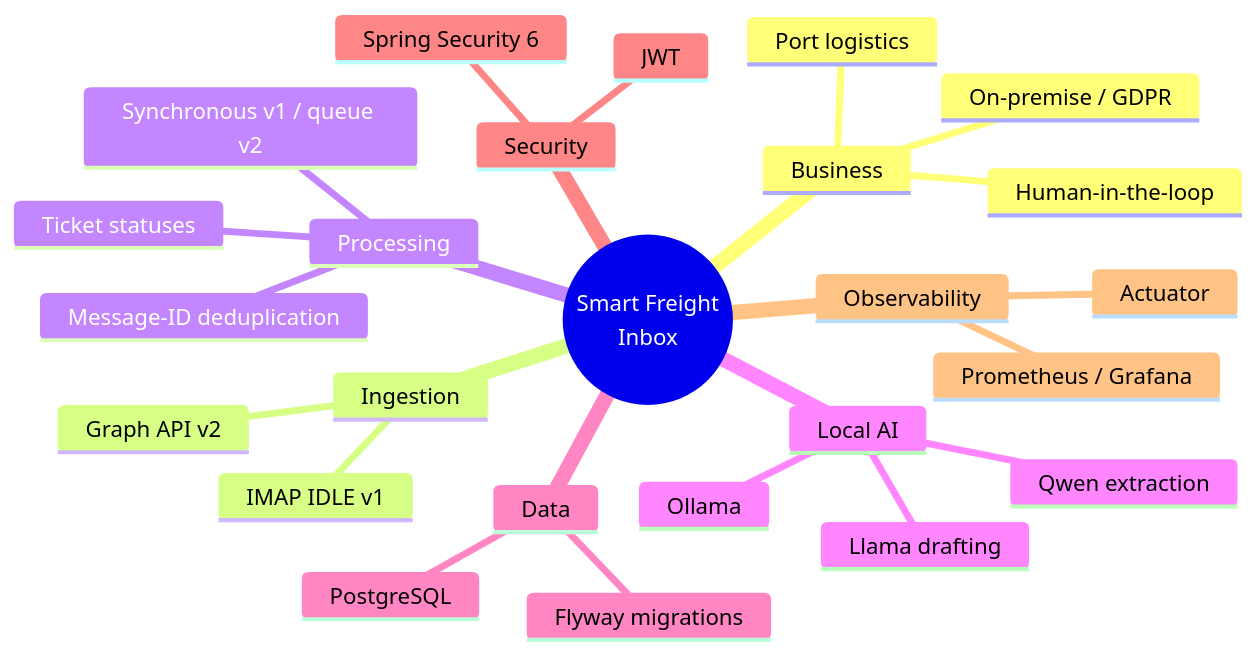
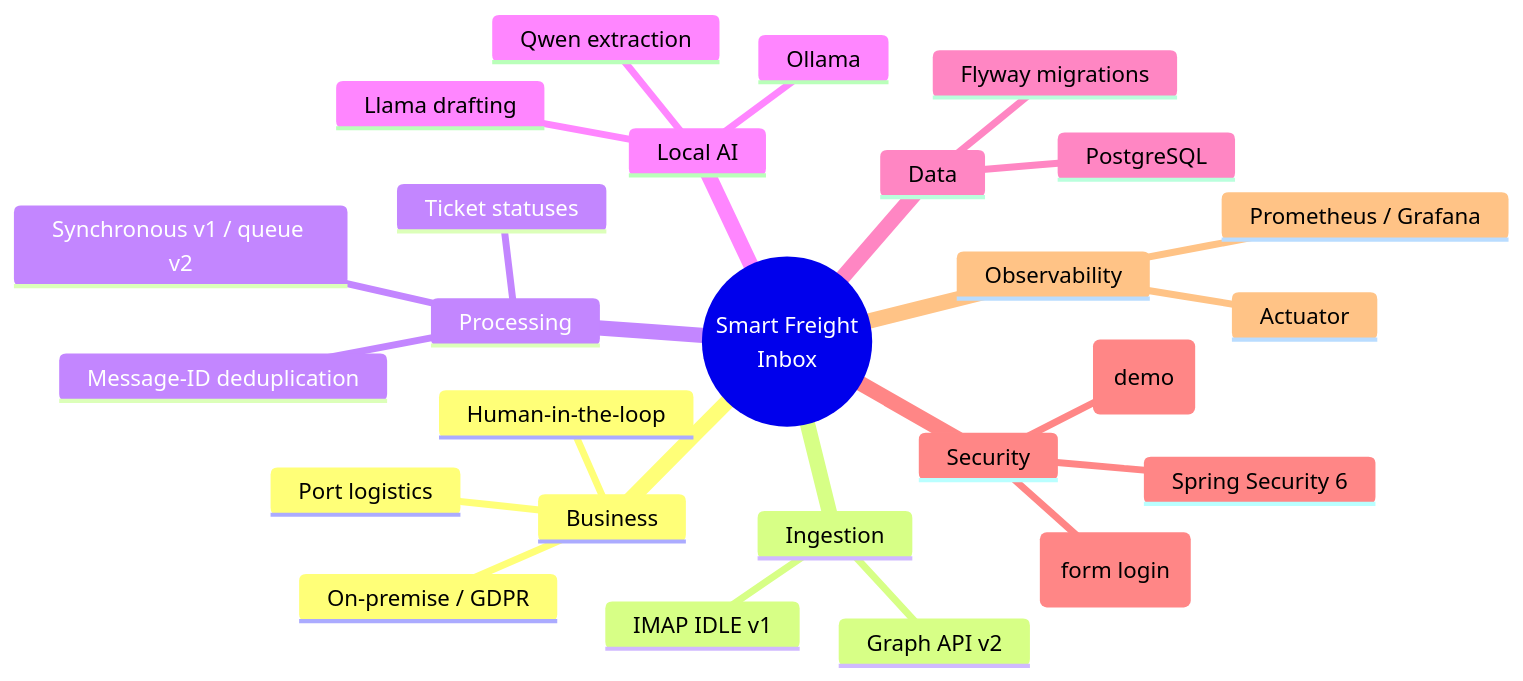
Before and after one commit to olegskel7-wq/smart-freight-inbox: the sixth of 10 diagrams in docs/PRESENTATION_TREE_MAP.md, drawn with Mermaid. The commit also changed other lines of this file, not shown here.

First line of the commit message:
docs: add DB schema ER diagram to presentation tree map

````diff
--- a/docs/PRESENTATION_TREE_MAP.md
+++ b/docs/PRESENTATION_TREE_MAP.md
@@ -142,28 +142,29 @@
 ```mermaid
 mindmap
   root((Smart Freight<br/>Inbox))
     Business
       Port logistics
       On-premise / GDPR
       Human-in-the-loop
     Ingestion
       IMAP IDLE v1
       Graph API v2
     Processing
       Message-ID deduplication
       Synchronous v1 / queue v2
       Ticket statuses
     Local AI
       Qwen extraction
       Llama drafting
       Ollama
     Data
       PostgreSQL
       Flyway migrations
     Security
-      JWT
+      Session cookie (form login)
       Spring Security 6
+      InMemoryUserDetailsManager (demo)
     Observability
       Actuator
       Prometheus / Grafana
 ```
````
